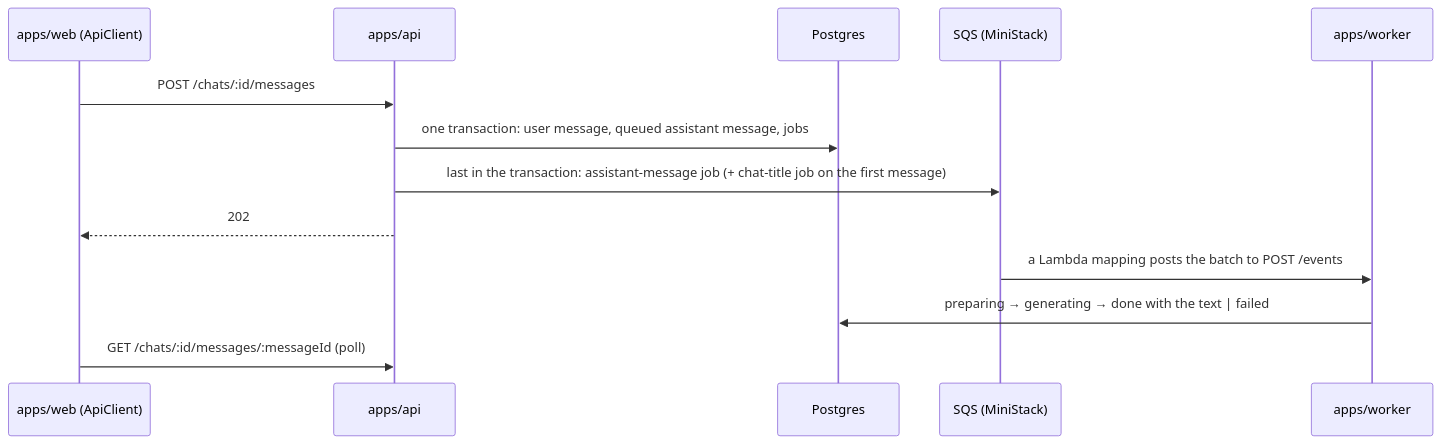
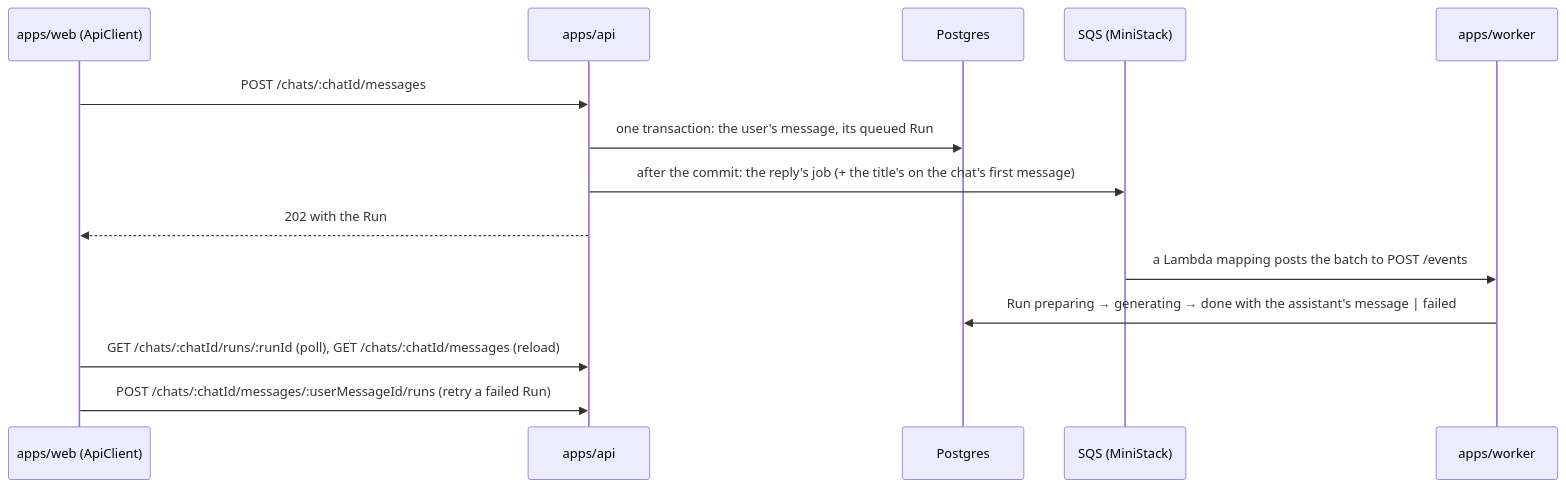
One commit to khotei/app-template changed the first of 3 diagrams in README.md. Above: the diagram before and after it, drawn with Mermaid. The commit also changed other lines of this file and 152 other files, not shown here.

First line of the commit message:
:sparkles: feat(reply-run): Answer each user message through a Run (#29)

````diff
--- a/README.md
+++ b/README.md
@@ -31,15 +34,16 @@
 ```mermaid
 sequenceDiagram
   participant W as apps/web (ApiClient)
   participant A as apps/api
   participant S as Postgres
   participant Q as SQS (MiniStack)
   participant K as apps/worker
-  W->>A: POST /chats/:id/messages
-  A->>S: one transaction: user message, queued assistant message, jobs
-  A->>Q: last in the transaction: assistant-message job (+ chat-title job on the first message)
-  A-->>W: 202
+  W->>A: POST /chats/:chatId/messages
+  A->>S: one transaction: the user's message, its queued Run
+  A->>Q: after the commit: the reply's job (+ the title's on the chat's first message)
+  A-->>W: 202 with the Run
   Q->>K: a Lambda mapping posts the batch to POST /events
-  K->>S: preparing → generating → done with the text | failed
-  W->>A: GET /chats/:id/messages/:messageId (poll)
+  K->>S: Run preparing → generating → done with the assistant's message | failed
+  W->>A: GET /chats/:chatId/runs/:runId (poll), GET /chats/:chatId/messages (reload)
+  W->>A: POST /chats/:chatId/messages/:userMessageId/runs (retry a failed Run)
 ```
````
